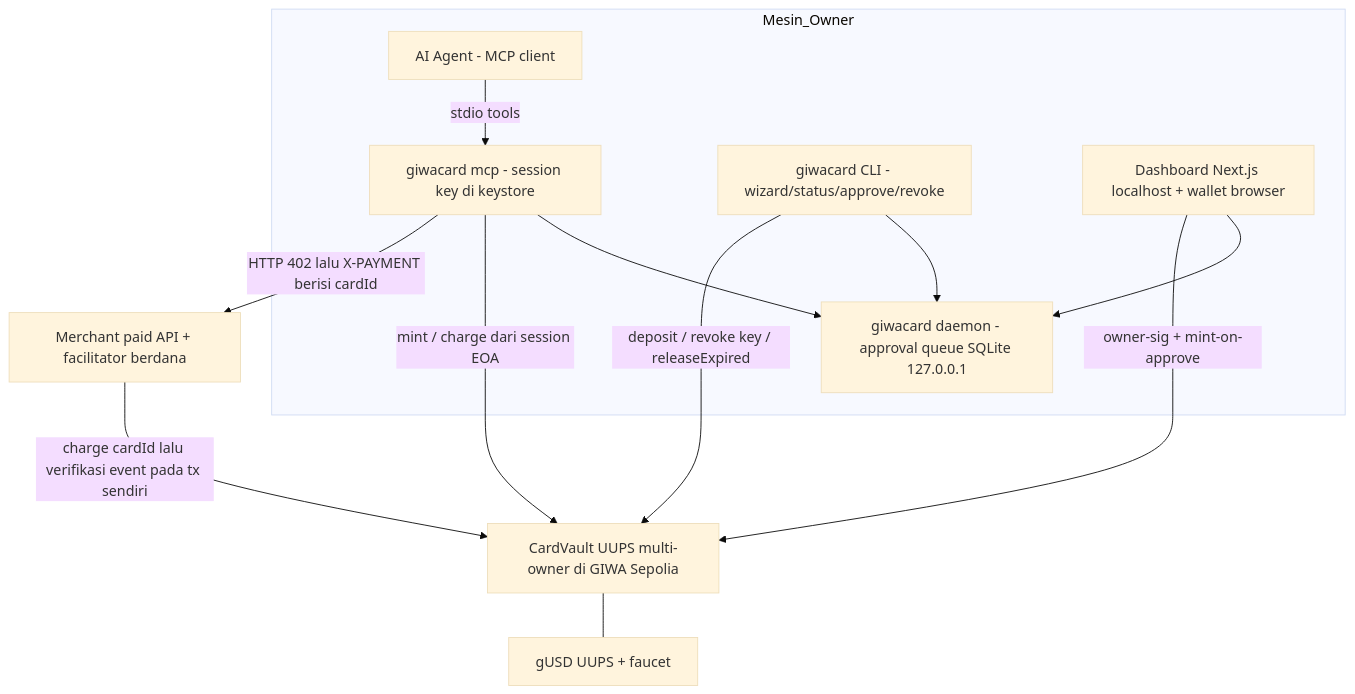
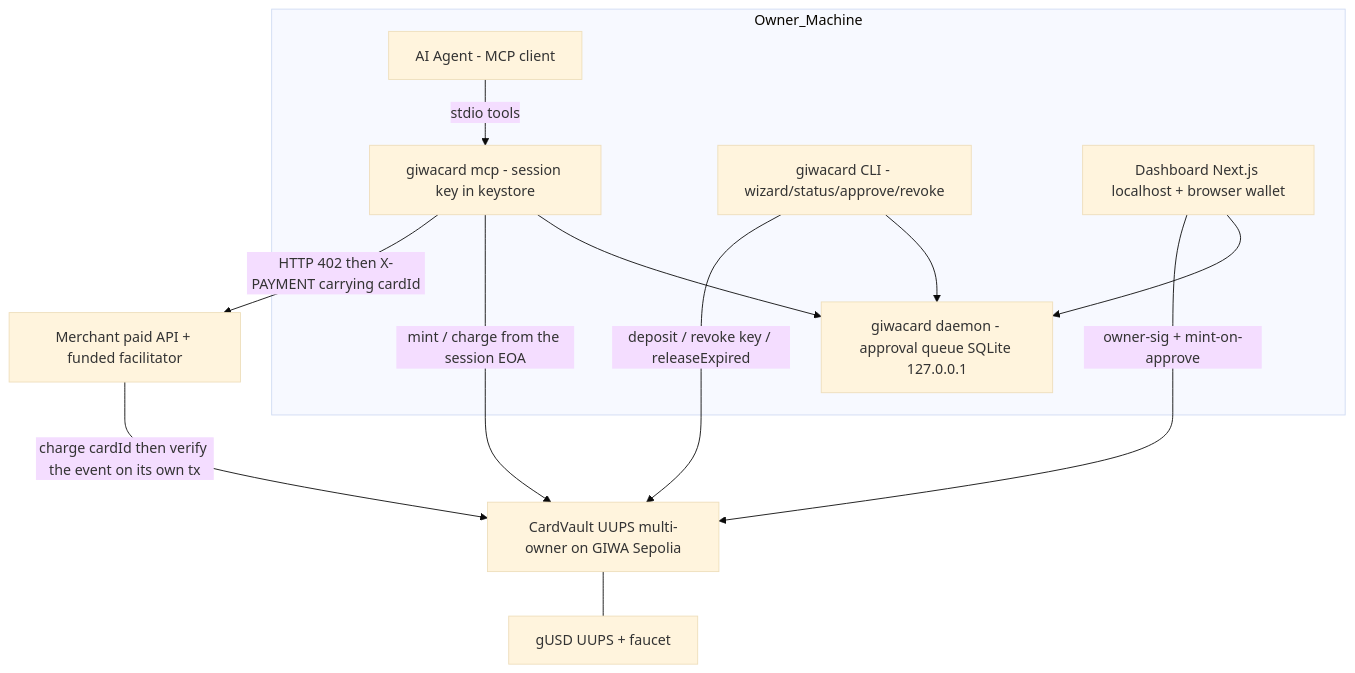
Before and after one commit to Lexirieru/agentcard: the first of 2 diagrams in docs/plans/2026-08-01-001-feat-giwacard-mvp-plan.md, drawn with Mermaid (base theme). The commit also changed other lines of this file, not shown here.

````diff
--- a/docs/plans/2026-08-01-001-feat-giwacard-mvp-plan.md
+++ b/docs/plans/2026-08-01-001-feat-giwacard-mvp-plan.md
@@ -156,15 +156,15 @@
 ```mermaid
 flowchart TB
-  subgraph Mesin_Owner
-    AGENT[AI Agent - MCP client] -->|stdio tools| MCP[giwacard mcp - session key di keystore]
+  subgraph Owner_Machine
+    AGENT[AI Agent - MCP client] -->|stdio tools| MCP[giwacard mcp - session key in keystore]
     CLI[giwacard CLI - wizard/status/approve/revoke] --> BE[giwacard daemon - approval queue SQLite 127.0.0.1]
-    DASH[Dashboard Next.js localhost + wallet browser] --> BE
+    DASH[Dashboard Next.js localhost + browser wallet] --> BE
     MCP --> BE
   end
-  MCP -->|mint / charge dari session EOA| VAULT[CardVault UUPS multi-owner di GIWA Sepolia]
+  MCP -->|mint / charge from the session EOA| VAULT[CardVault UUPS multi-owner on GIWA Sepolia]
   CLI -->|deposit / revoke key / releaseExpired| VAULT
   DASH -->|owner-sig + mint-on-approve| VAULT
-  MCP -->|HTTP 402 lalu X-PAYMENT berisi cardId| MERCH[Merchant paid API + facilitator berdana]
-  MERCH -->|charge cardId lalu verifikasi event pada tx sendiri| VAULT
+  MCP -->|HTTP 402 then X-PAYMENT carrying cardId| MERCH[Merchant paid API + funded facilitator]
+  MERCH -->|charge cardId then verify the event on its own tx| VAULT
   VAULT --- GUSD[gUSD UUPS + faucet]
 ```
````
